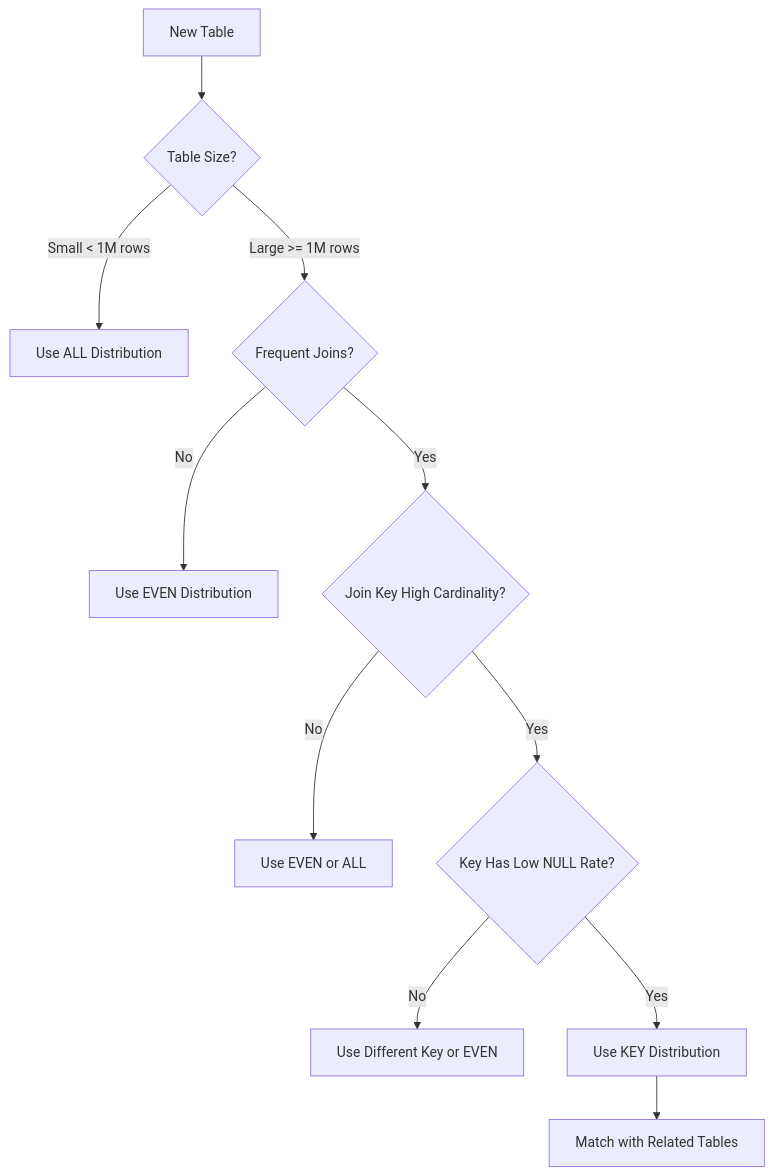
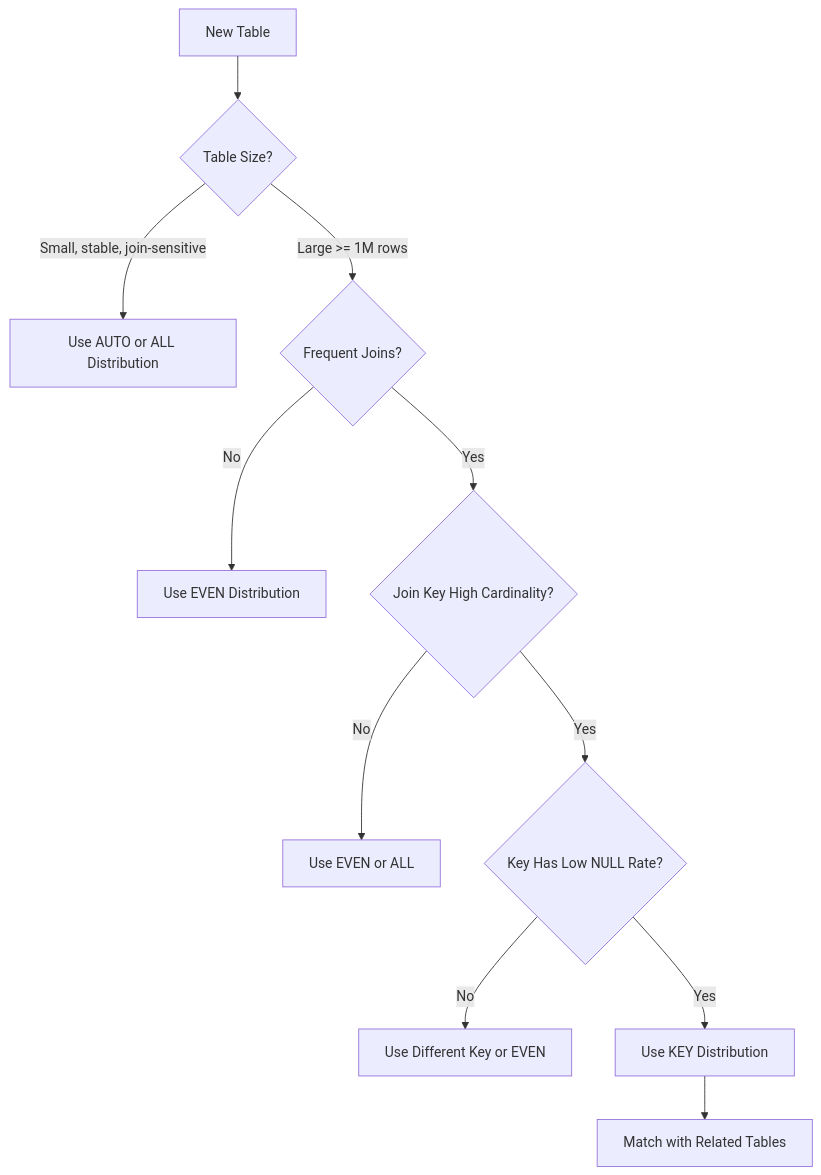
One commit to OneUptime/blog changed the fifth of 5 diagrams in posts/2026-01-30-data-warehouse-distribution-keys/README.md. Above: the diagram before and after it, drawn with Mermaid. The commit also changed other lines of this file and 2 other files, not shown here.

Commit message:
validate: 2026-01-30-data-warehouse-distribution-keys

````diff
--- a/posts/2026-01-30-data-warehouse-distribution-keys/README.md
+++ b/posts/2026-01-30-data-warehouse-distribution-keys/README.md
@@ -330,13 +327,13 @@
 ```mermaid
 flowchart TD
     A[New Table] --> B{Table Size?}
-    B -->|Small < 1M rows| C[Use ALL Distribution]
+    B -->|Small, stable, join-sensitive| C[Use AUTO or ALL Distribution]
     B -->|Large >= 1M rows| D{Frequent Joins?}
     D -->|No| E[Use EVEN Distribution]
     D -->|Yes| F{Join Key High Cardinality?}
     F -->|No| G[Use EVEN or ALL]
     F -->|Yes| H{Key Has Low NULL Rate?}
     H -->|No| I[Use Different Key or EVEN]
     H -->|Yes| J[Use KEY Distribution]
     J --> K[Match with Related Tables]
 ```
````
